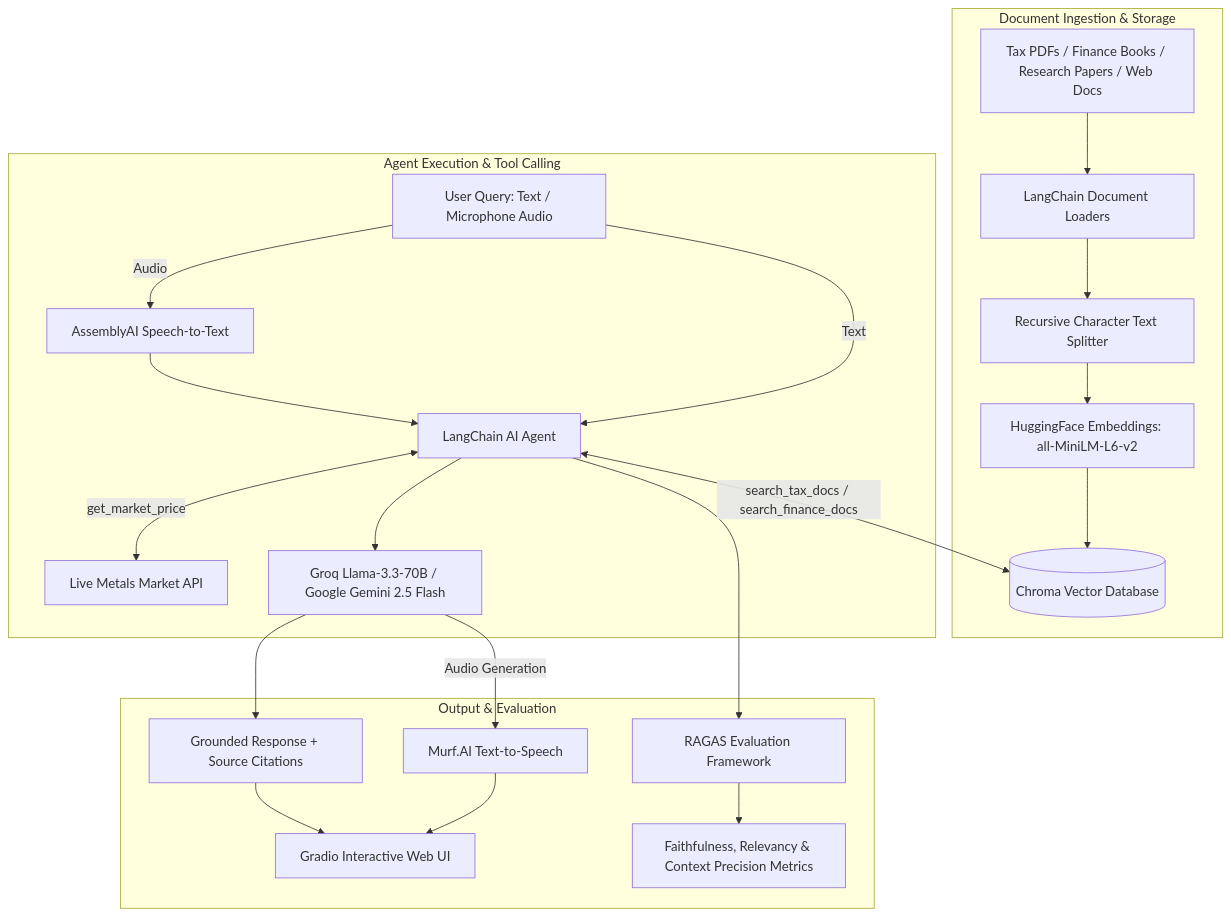
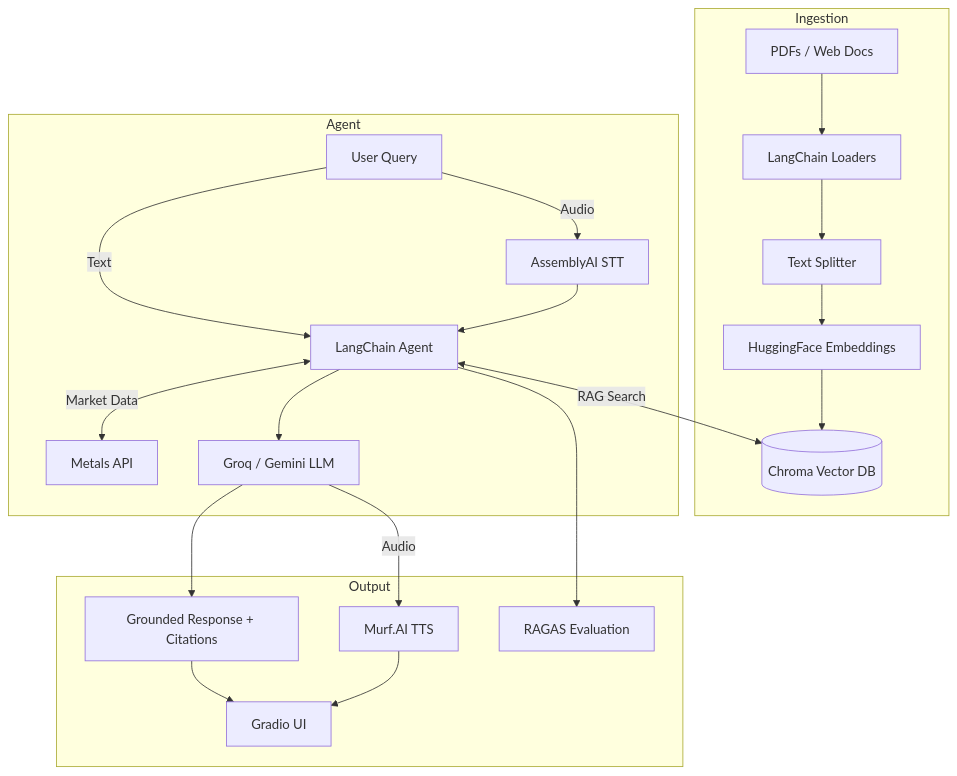
One commit to charansridev/AI-Agents changed the diagram in README.md. Above: the diagram before and after it, drawn with Mermaid. The commit also changed other lines of this file, not shown here.

Commit message:
Rewrite README with cleaner structure and detailed agent descriptions

````diff
--- a/README.md
+++ b/README.md
@@ -13,27 +104,26 @@
 ```mermaid
 flowchart TD
-    subgraph Document Ingestion & Storage
-        A1[Tax PDFs / Finance Books / Research Papers / Web Docs] --> B[LangChain Document Loaders]
-        B --> C[Recursive Character Text Splitter]
-        C --> D[HuggingFace Embeddings: all-MiniLM-L6-v2]
-        D --> E[(Chroma Vector Database)]
+    subgraph Ingestion
+        A[PDFs / Web Docs] --> B[LangChain Loaders]
+        B --> C[Text Splitter]
+        C --> D[HuggingFace Embeddings]
+        D --> E[(Chroma Vector DB)]
     end
 
-    subgraph Agent Execution & Tool Calling
-        F[User Query: Text / Microphone Audio] -->|Audio| G[AssemblyAI Speech-to-Text]
-        G --> H[LangChain AI Agent]
-        F -->|Text| H
-        H <-->|search_tax_docs / search_finance_docs| E
-        H <-->|get_market_price| I[Live Metals Market API]
-        H --> J[Groq Llama-3.3-70B / Google Gemini 2.5 Flash]
+    subgraph Agent
+        F[User Query] -->|Audio| G[AssemblyAI STT]
+        F -->|Text| H[LangChain Agent]
+        G --> H
+        H <-->|RAG Search| E
+        H <-->|Market Data| I[Metals API]
+        H --> J[Groq / Gemini LLM]
     end
 
-    subgraph Output & Evaluation
-        J --> K[Grounded Response + Source Citations]
-        J -->|Audio Generation| L[Murf.AI Text-to-Speech]
-        K --> M[Gradio Interactive Web UI]
+    subgraph Output
+        J --> K[Grounded Response + Citations]
+        J -->|Audio| L[Murf.AI TTS]
+        K --> M[Gradio UI]
         L --> M
-        H --> N[RAGAS Evaluation Framework]
-        N --> O[Faithfulness, Relevancy & Context Precision Metrics]
+        H --> N[RAGAS Evaluation]
     end
 ```
````
